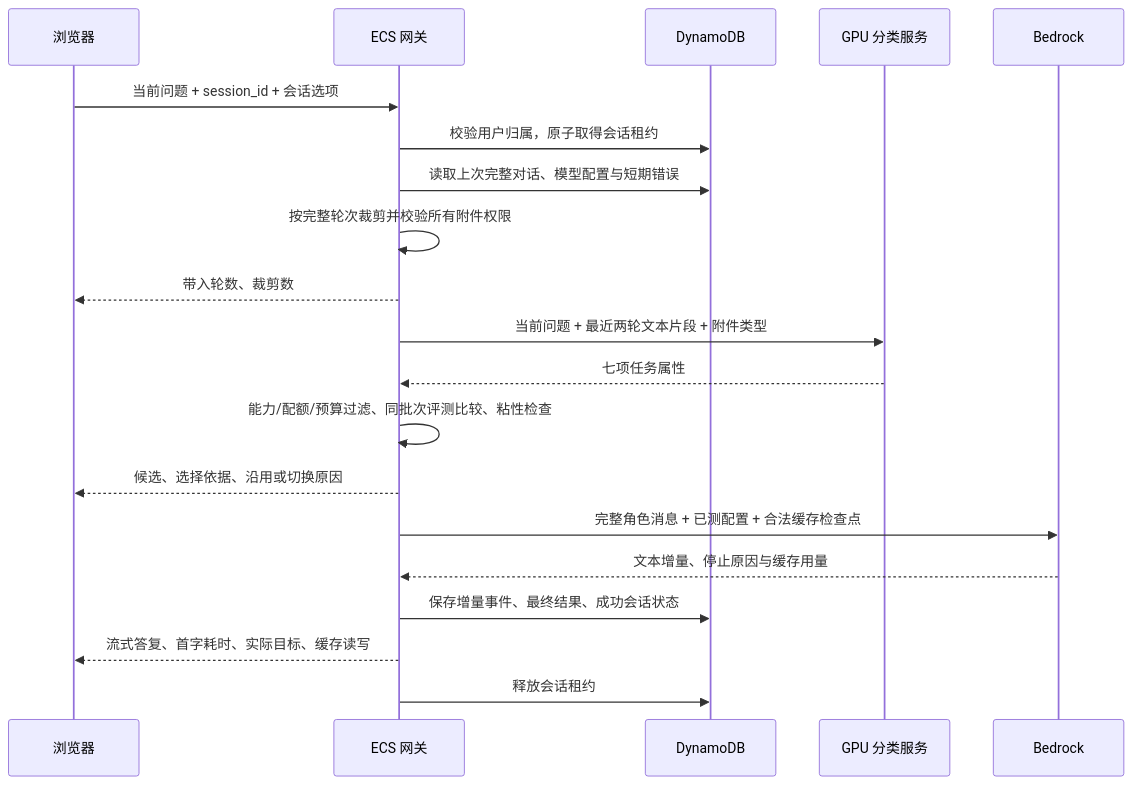
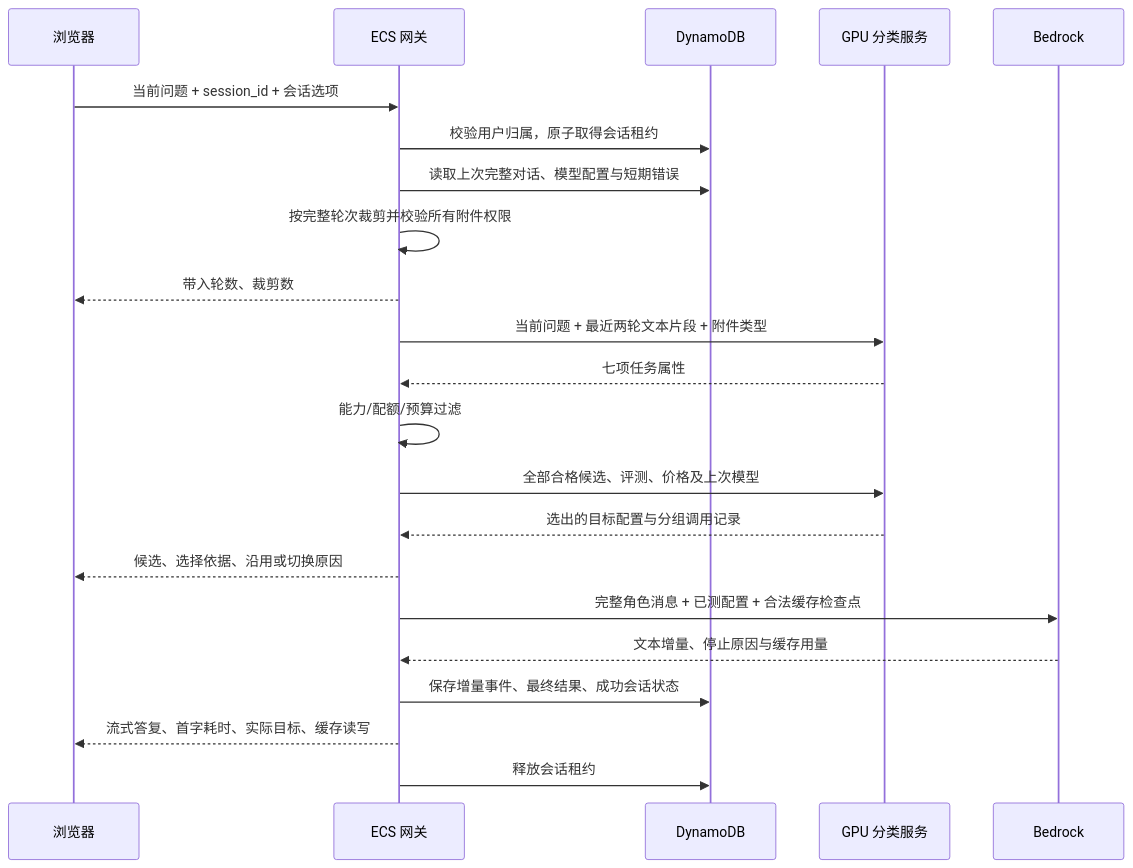
One commit to milan9527/DeciderModelRouter changed the diagram in docs/SESSION_ROUTING.zh.md. Above: the diagram before and after it, drawn with Mermaid. The commit also changed other lines of this file and 84 other files, not shown here.

````diff
--- a/docs/SESSION_ROUTING.zh.md
+++ b/docs/SESSION_ROUTING.zh.md
@@ -40,22 +40,24 @@
 ```mermaid
 sequenceDiagram
     participant UI as 浏览器
     participant API as ECS 网关
     participant DB as DynamoDB
     participant GPU as GPU 分类服务
     participant BR as Bedrock
     UI->>API: 当前问题 + session_id + 会话选项
     API->>DB: 校验用户归属，原子取得会话租约
     API->>DB: 读取上次完整对话、模型配置与短期错误
     API->>API: 按完整轮次裁剪并校验所有附件权限
     API-->>UI: 带入轮数、裁剪数
     API->>GPU: 当前问题 + 最近两轮文本片段 + 附件类型
     GPU-->>API: 七项任务属性
-    API->>API: 能力/配额/预算过滤、同批次评测比较、粘性检查
+    API->>API: 能力/配额/预算过滤
+    API->>GPU: 全部合格候选、评测、价格及上次模型
+    GPU-->>API: 选出的目标配置与分组调用记录
     API-->>UI: 候选、选择依据、沿用或切换原因
     API->>BR: 完整角色消息 + 已测配置 + 合法缓存检查点
     BR-->>API: 文本增量、停止原因与缓存用量
     API->>DB: 保存增量事件、最终结果、成功会话状态
     API-->>UI: 流式答复、首字耗时、实际目标、缓存读写
     API->>DB: 释放会话租约
 ```
````
